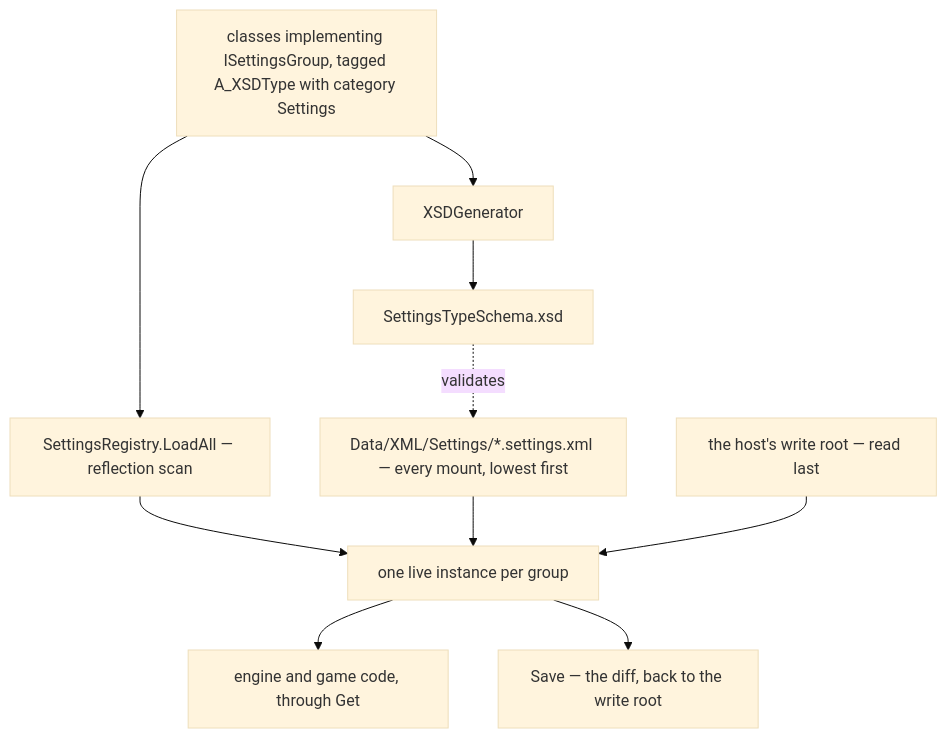
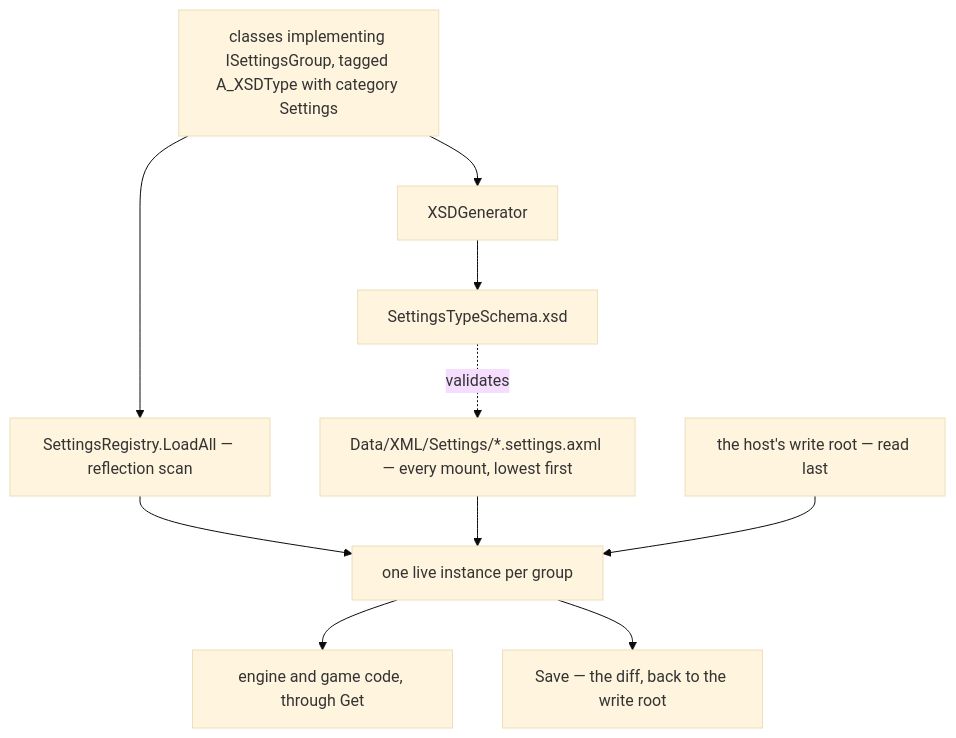
Before and after one commit to NexerG/Project-Aurora: the diagram in DOCUMENTATION/Engine/Systems/SETTINGS.md, drawn with Mermaid (base theme). The commit also changed other lines of this file and 377 other files, not shown here.

First line of the commit message:
Rename Aurora's XML files to .axml and register file types with the OS

````diff
--- a/DOCUMENTATION/Engine/Systems/SETTINGS.md
+++ b/DOCUMENTATION/Engine/Systems/SETTINGS.md
@@ -34,12 +34,12 @@
 ```mermaid
 graph TD
   Types["classes implementing ISettingsGroup, tagged A_XSDType with category Settings"] --> Scan["SettingsRegistry.LoadAll — reflection scan"]
   Types --> Gen["XSDGenerator"]
   Gen --> Schema["SettingsTypeSchema.xsd"]
   Schema -. validates .-> Files
   Scan --> Groups["one live instance per group"]
-  Files["Data/XML/Settings/*.settings.xml — every mount, lowest first"] --> Groups
+  Files["Data/XML/Settings/*.settings.axml — every mount, lowest first"] --> Groups
   Root["the host's write root — read last"] --> Groups
   Groups --> Read["engine and game code, through Get"]
   Groups --> Save["Save — the diff, back to the write root"]
 ```
````
